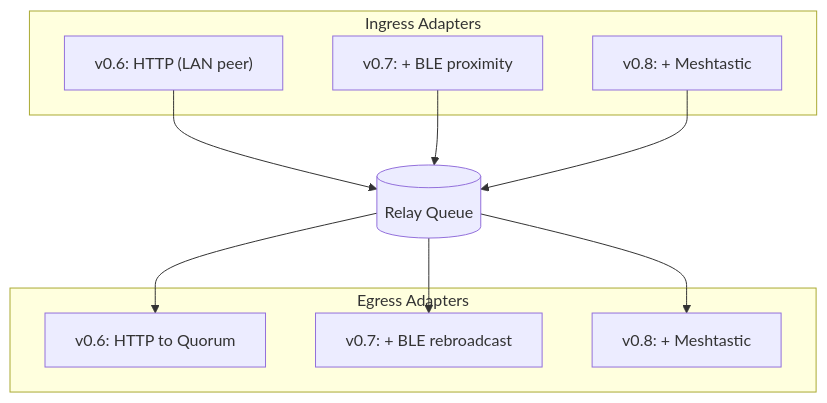
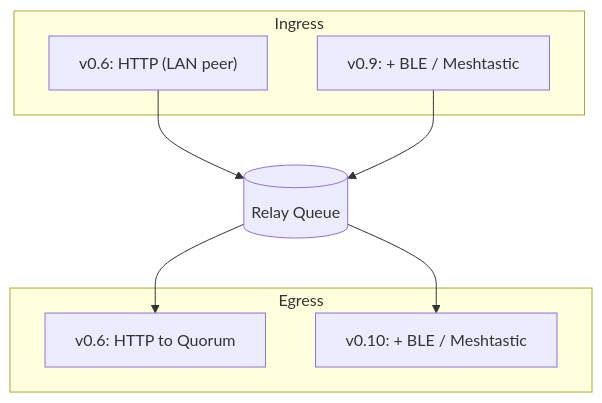
The second of 3 diagrams in ROADMAP.md (leon0399/ember), drawn with Mermaid before and after one commit. The commit also changed other lines of this file and 1 other file, not shown here.

First line of the commit message:
docs: resequence roadmap — direct transports first, relay later

````diff
--- a/ROADMAP.md
+++ b/ROADMAP.md
@@ -184,23 +200,19 @@
 ```mermaid
 flowchart TD
-    subgraph "Ingress Adapters"
+    subgraph "Ingress"
         I1["v0.6: HTTP (LAN peer)"]
-        I2["v0.7: + BLE proximity"]
-        I3["v0.8: + Meshtastic"]
+        I2["v0.9: + BLE / Meshtastic"]
     end
 
     Q[(Relay Queue)]
 
-    subgraph "Egress Adapters"
+    subgraph "Egress"
         E1["v0.6: HTTP to Quorum"]
-        E2["v0.7: + BLE rebroadcast"]
-        E3["v0.8: + Meshtastic"]
+        E2["v0.10: + BLE / Meshtastic"]
     end
 
     I1 --> Q
     I2 --> Q
-    I3 --> Q
     Q --> E1
     Q --> E2
-    Q --> E3
 ```
````
